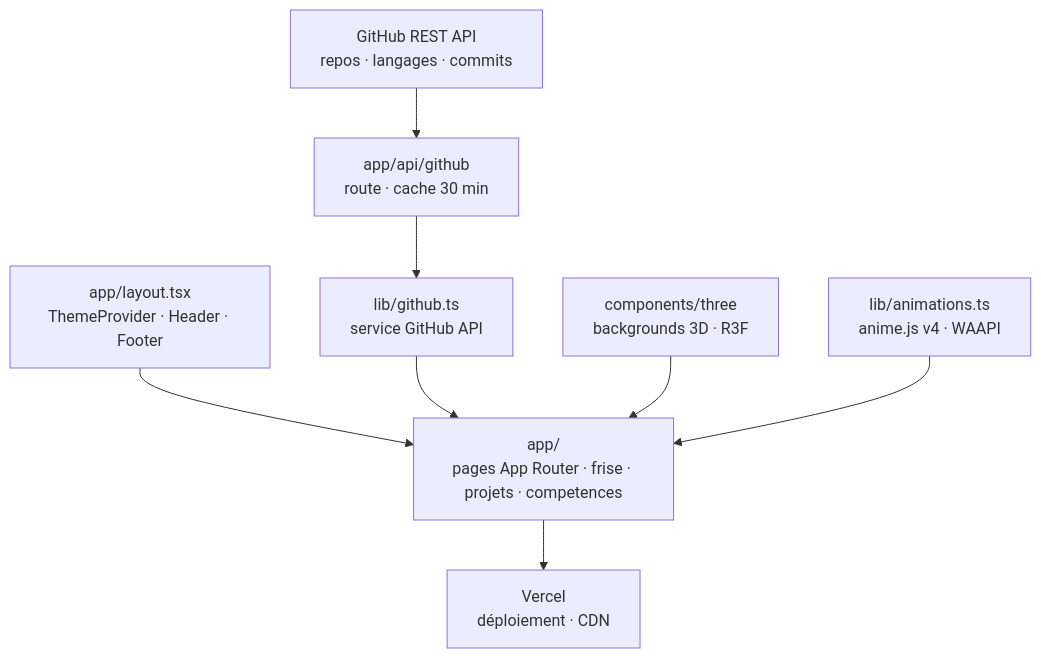
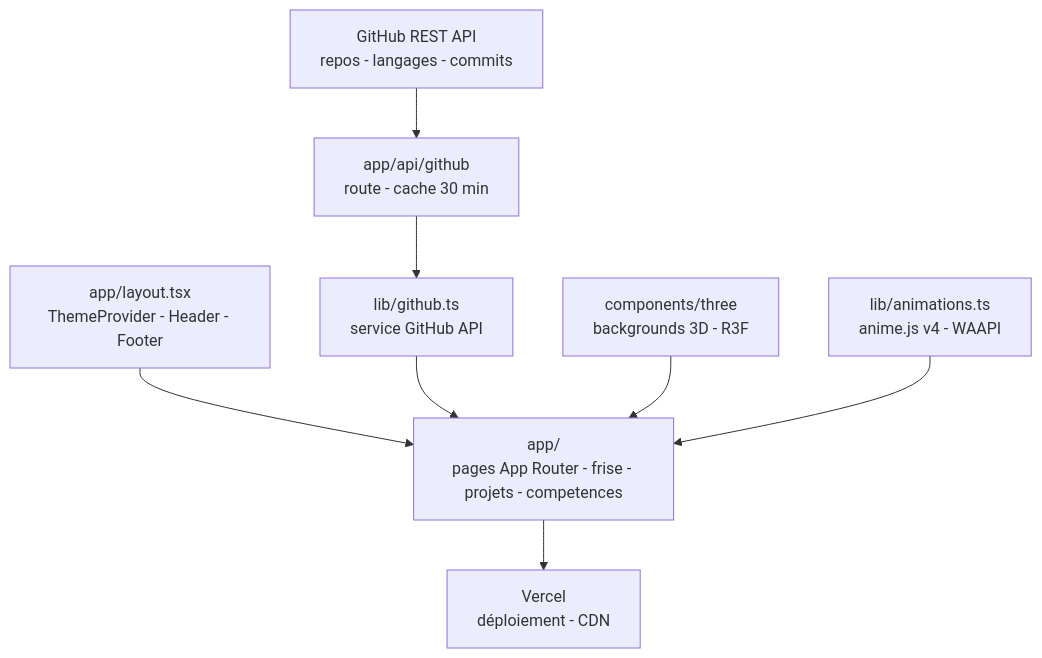
One commit to Adam-Blf/adam-portfolio changed the diagram in README.md. Above: the diagram before and after it, drawn with Mermaid.

Commit message:
docs: typography pass, no em dash or middle dot (#1)

````diff
--- a/README.md
+++ b/README.md
@@ -26,18 +26,18 @@
 ```mermaid
 flowchart TB
-    PAGES["app/<br/>pages App Router · frise · projets · competences"]
-    LAYOUT["app/layout.tsx<br/>ThemeProvider · Header · Footer"]
-    APIROUTE["app/api/github<br/>route · cache 30 min"]
+    PAGES["app/<br/>pages App Router - frise - projets - competences"]
+    LAYOUT["app/layout.tsx<br/>ThemeProvider - Header - Footer"]
+    APIROUTE["app/api/github<br/>route - cache 30 min"]
     GH["lib/github.ts<br/>service GitHub API"]
-    GHAPI["GitHub REST API<br/>repos · langages · commits"]
-    THREE["components/three<br/>backgrounds 3D · R3F"]
-    ANIM["lib/animations.ts<br/>anime.js v4 · WAAPI"]
-    VERCEL["Vercel<br/>déploiement · CDN"]
+    GHAPI["GitHub REST API<br/>repos - langages - commits"]
+    THREE["components/three<br/>backgrounds 3D - R3F"]
+    ANIM["lib/animations.ts<br/>anime.js v4 - WAAPI"]
+    VERCEL["Vercel<br/>déploiement - CDN"]
     LAYOUT --> PAGES
     GHAPI --> APIROUTE
     APIROUTE --> GH
     GH --> PAGES
     THREE --> PAGES
     ANIM --> PAGES
     PAGES --> VERCEL
 ```
````
